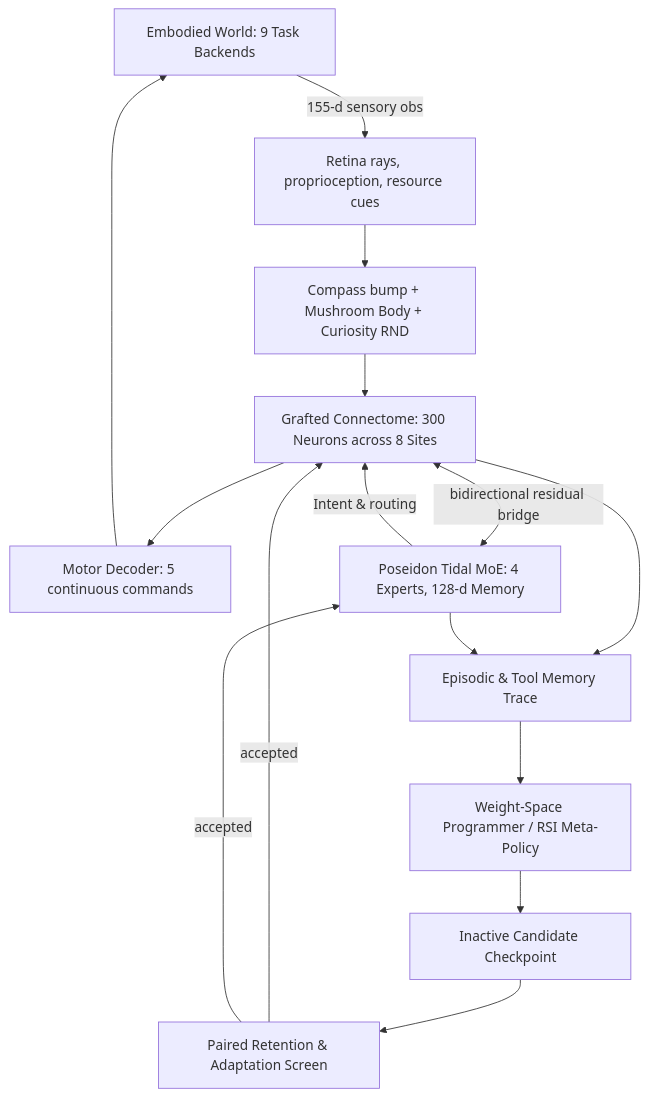
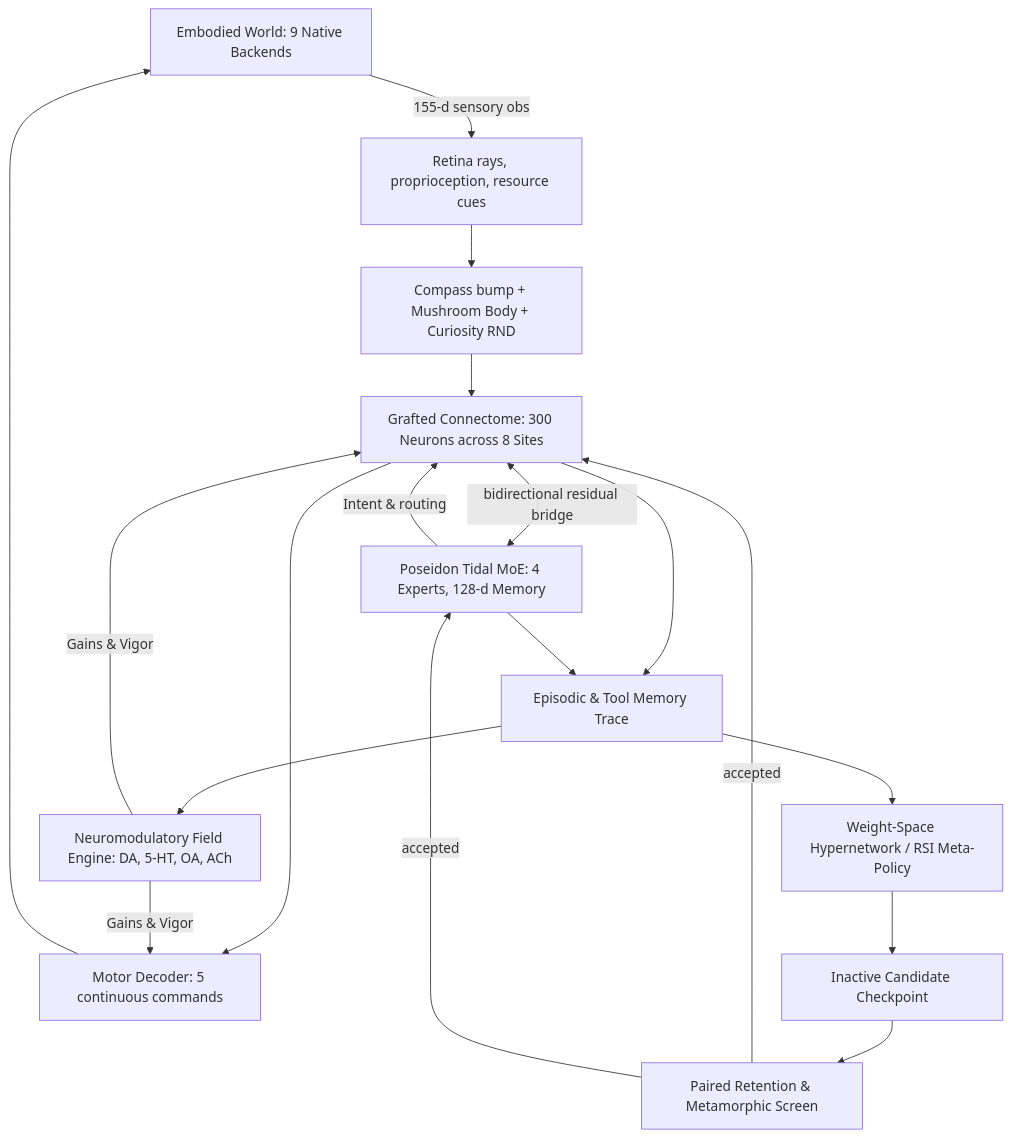
One commit to kai9987kai/Sonapse-LAB changed the diagram in README.md. Above: the diagram before and after it, drawn with Mermaid. The commit also changed other lines of this file and 19 other files, not shown here.

Commit message:
Frontier innovations: multi-factor neuromodulation, connectome harmonic decomposition, hypernetwork patch compilation, metamorphic invariance oracle, and structural synaptogenesis

````diff
--- a/README.md
+++ b/README.md
@@ -18,15 +25,17 @@
 ```mermaid
 flowchart TD
-    W[Embodied World: 9 Task Backends] -->|155-d sensory obs| S[Retina rays, proprioception, resource cues]
+    W[Embodied World: 9 Native Backends] -->|155-d sensory obs| S[Retina rays, proprioception, resource cues]
     S --> B[Compass bump + Mushroom Body + Curiosity RND]
     B --> G[Grafted Connectome: 300 Neurons across 8 Sites]
     G --> A[Motor Decoder: 5 continuous commands] --> W
     G <-->|bidirectional residual bridge| P[Poseidon Tidal MoE: 4 Experts, 128-d Memory]
     P -->|Intent & routing| G
     G & P --> E[Episodic & Tool Memory Trace]
-    E --> C[Weight-Space Programmer / RSI Meta-Policy]
+    E --> NM[Neuromodulatory Field Engine: DA, 5-HT, OA, ACh]
+    NM -->|Gains & Vigor| G & A
+    E --> C[Weight-Space Hypernetwork / RSI Meta-Policy]
     C --> T[Inactive Candidate Checkpoint]
-    T --> V[Paired Retention & Adaptation Screen]
+    T --> V[Paired Retention & Metamorphic Screen]
     V -->|accepted| G
     V -->|accepted| P
 ```
````
